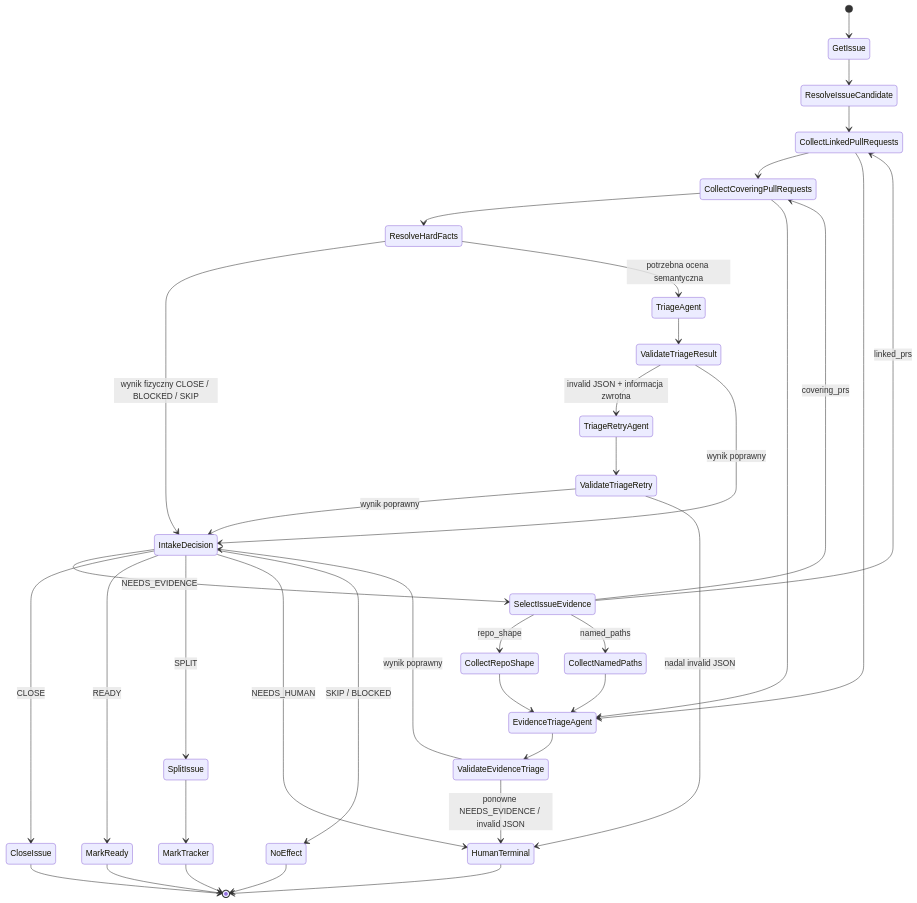
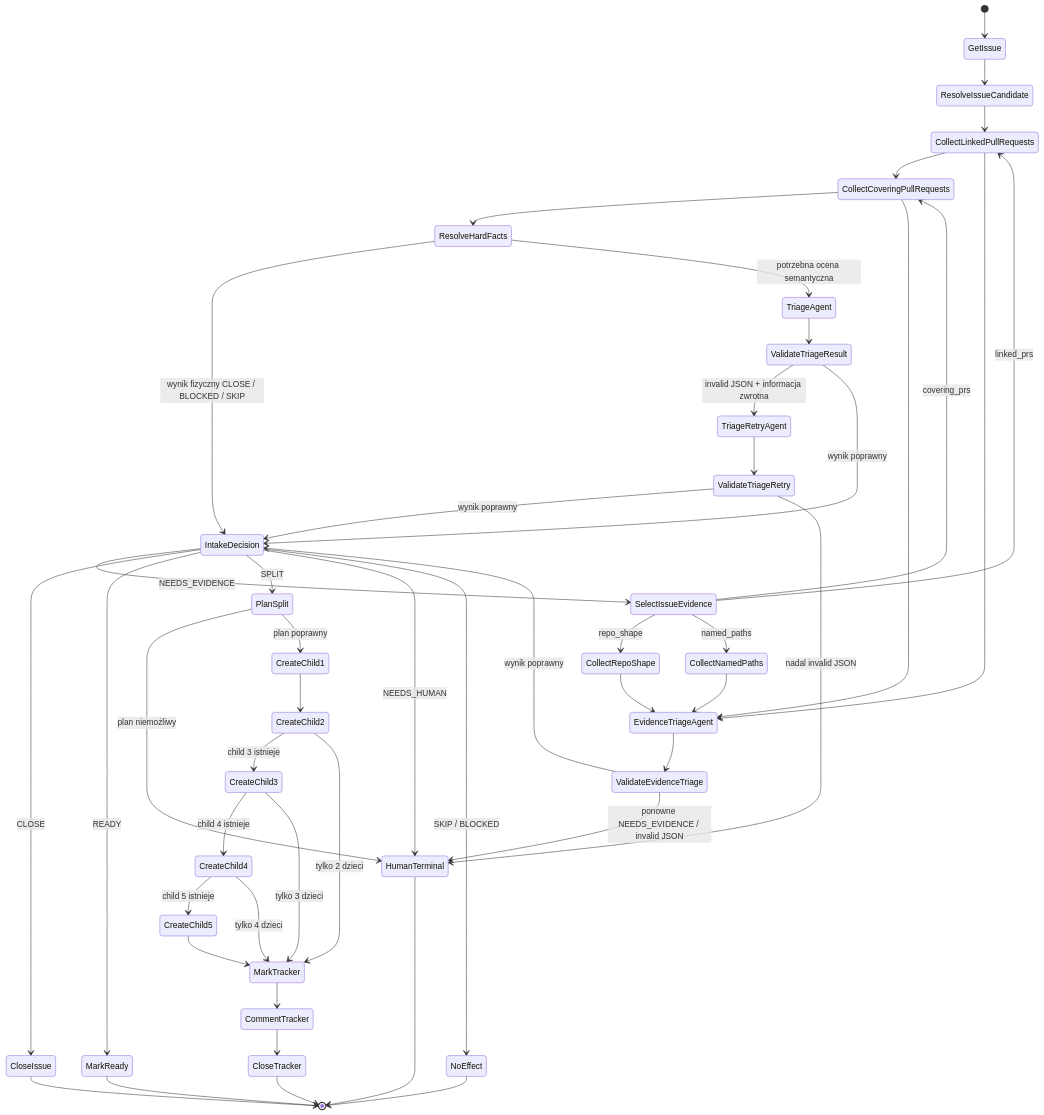
The second of 6 diagrams in README.md (mikolaj92/lokay), drawn with Mermaid before and after one commit.

Commit message:
docs: expose bounded split effects in Fala

````diff
--- a/README.md
+++ b/README.md
@@ -100,39 +100,50 @@
 ```mermaid
 stateDiagram-v2
     [*] --> GetIssue
     GetIssue --> ResolveIssueCandidate
     ResolveIssueCandidate --> CollectLinkedPullRequests
     CollectLinkedPullRequests --> CollectCoveringPullRequests
     CollectCoveringPullRequests --> ResolveHardFacts
     ResolveHardFacts --> IntakeDecision: wynik fizyczny CLOSE / BLOCKED / SKIP
     ResolveHardFacts --> TriageAgent: potrzebna ocena semantyczna
     TriageAgent --> ValidateTriageResult
     ValidateTriageResult --> TriageRetryAgent: invalid JSON + informacja zwrotna
     TriageRetryAgent --> ValidateTriageRetry
     ValidateTriageRetry --> IntakeDecision: wynik poprawny
     ValidateTriageRetry --> HumanTerminal: nadal invalid JSON
     ValidateTriageResult --> IntakeDecision: wynik poprawny
     IntakeDecision --> SelectIssueEvidence: NEEDS_EVIDENCE
     SelectIssueEvidence --> CollectRepoShape: repo_shape
     SelectIssueEvidence --> CollectNamedPaths: named_paths
     SelectIssueEvidence --> CollectLinkedPullRequests: linked_prs
     SelectIssueEvidence --> CollectCoveringPullRequests: covering_prs
     CollectRepoShape --> EvidenceTriageAgent
     CollectNamedPaths --> EvidenceTriageAgent
     CollectLinkedPullRequests --> EvidenceTriageAgent
     CollectCoveringPullRequests --> EvidenceTriageAgent
     EvidenceTriageAgent --> ValidateEvidenceTriage
     ValidateEvidenceTriage --> IntakeDecision: wynik poprawny
     ValidateEvidenceTriage --> HumanTerminal: ponowne NEEDS_EVIDENCE / invalid JSON
     IntakeDecision --> CloseIssue: CLOSE
     IntakeDecision --> MarkReady: READY
-    IntakeDecision --> SplitIssue: SPLIT
+    IntakeDecision --> PlanSplit: SPLIT
     IntakeDecision --> HumanTerminal: NEEDS_HUMAN
     IntakeDecision --> NoEffect: SKIP / BLOCKED
-    SplitIssue --> MarkTracker
+    PlanSplit --> HumanTerminal: plan niemożliwy
+    PlanSplit --> CreateChild1: plan poprawny
+    CreateChild1 --> CreateChild2
+    CreateChild2 --> CreateChild3: child 3 istnieje
+    CreateChild2 --> MarkTracker: tylko 2 dzieci
+    CreateChild3 --> CreateChild4: child 4 istnieje
+    CreateChild3 --> MarkTracker: tylko 3 dzieci
+    CreateChild4 --> CreateChild5: child 5 istnieje
+    CreateChild4 --> MarkTracker: tylko 4 dzieci
+    CreateChild5 --> MarkTracker
+    MarkTracker --> CommentTracker
+    CommentTracker --> CloseTracker
     CloseIssue --> [*]
     MarkReady --> [*]
-    MarkTracker --> [*]
+    CloseTracker --> [*]
     NoEffect --> [*]
     HumanTerminal --> [*]
 ```
````
